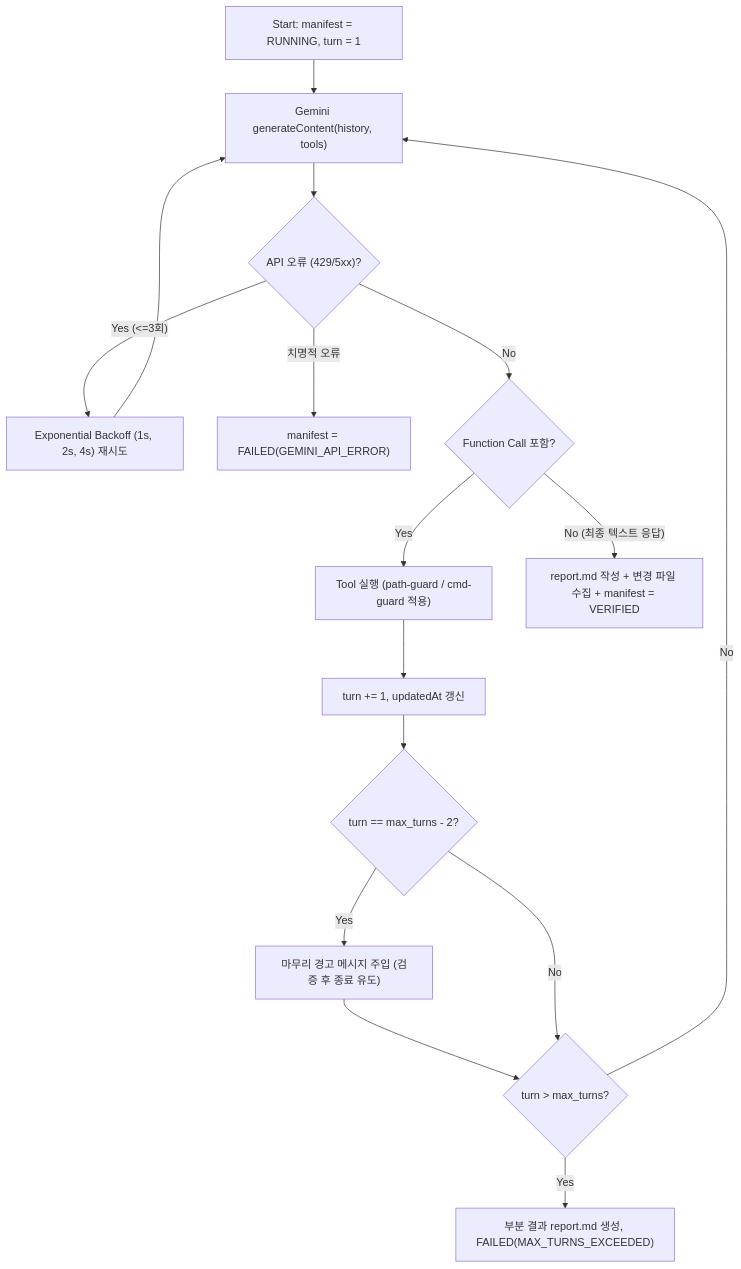
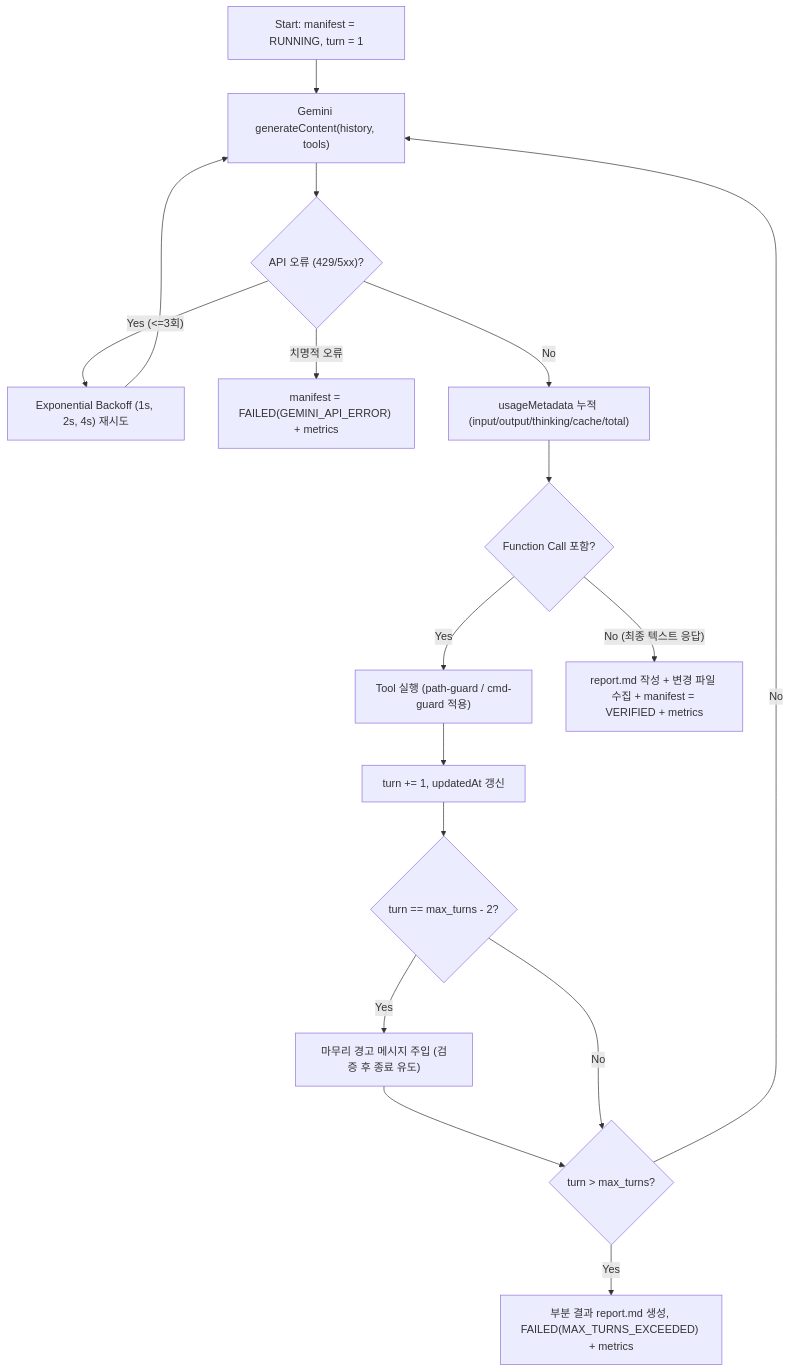
The diagram in docs/03-specs/execution-engines.md (xzawed/claude-antigravity-plugin), drawn with Mermaid before and after one commit. The commit also changed other lines of this file and 23 other files, not shown here.

````diff
--- a/docs/03-specs/execution-engines.md
+++ b/docs/03-specs/execution-engines.md
@@ -117,16 +127,17 @@
 ```mermaid
 flowchart TD
     S["Start: manifest = RUNNING, turn = 1"] --> CALL["Gemini generateContent(history, tools)"]
     CALL --> ERR{"API 오류 (429/5xx)?"}
     ERR -- Yes (<=3회) --> RETRY["Exponential Backoff (1s, 2s, 4s) 재시도"] --> CALL
-    ERR -- 치명적 오류 --> FAIL["manifest = FAILED(GEMINI_API_ERROR)"]
-    ERR -- No --> FC{"Function Call 포함?"}
+    ERR -- 치명적 오류 --> FAIL["manifest = FAILED(GEMINI_API_ERROR) + metrics"]
+    ERR -- No --> ACC["usageMetadata 누적 (input/output/thinking/cache/total)"]
+    ACC --> FC{"Function Call 포함?"}
     FC -- Yes --> EXEC["Tool 실행 (path-guard / cmd-guard 적용)"]
     EXEC --> INC["turn += 1, updatedAt 갱신"]
     INC --> WARN{"turn == max_turns - 2?"}
     WARN -- Yes --> INJ["마무리 경고 메시지 주입 (검증 후 종료 유도)"] --> MAX
     WARN -- No --> MAX{"turn > max_turns?"}
-    MAX -- Yes --> EXCEED["부분 결과 report.md 생성, FAILED(MAX_TURNS_EXCEEDED)"]
+    MAX -- Yes --> EXCEED["부분 결과 report.md 생성, FAILED(MAX_TURNS_EXCEEDED) + metrics"]
     MAX -- No --> CALL
-    FC -- No (최종 텍스트 응답) --> VER["report.md 작성 + 변경 파일 수집 + manifest = VERIFIED"]
+    FC -- No (최종 텍스트 응답) --> VER["report.md 작성 + 변경 파일 수집 + manifest = VERIFIED + metrics"]
 ```
````
